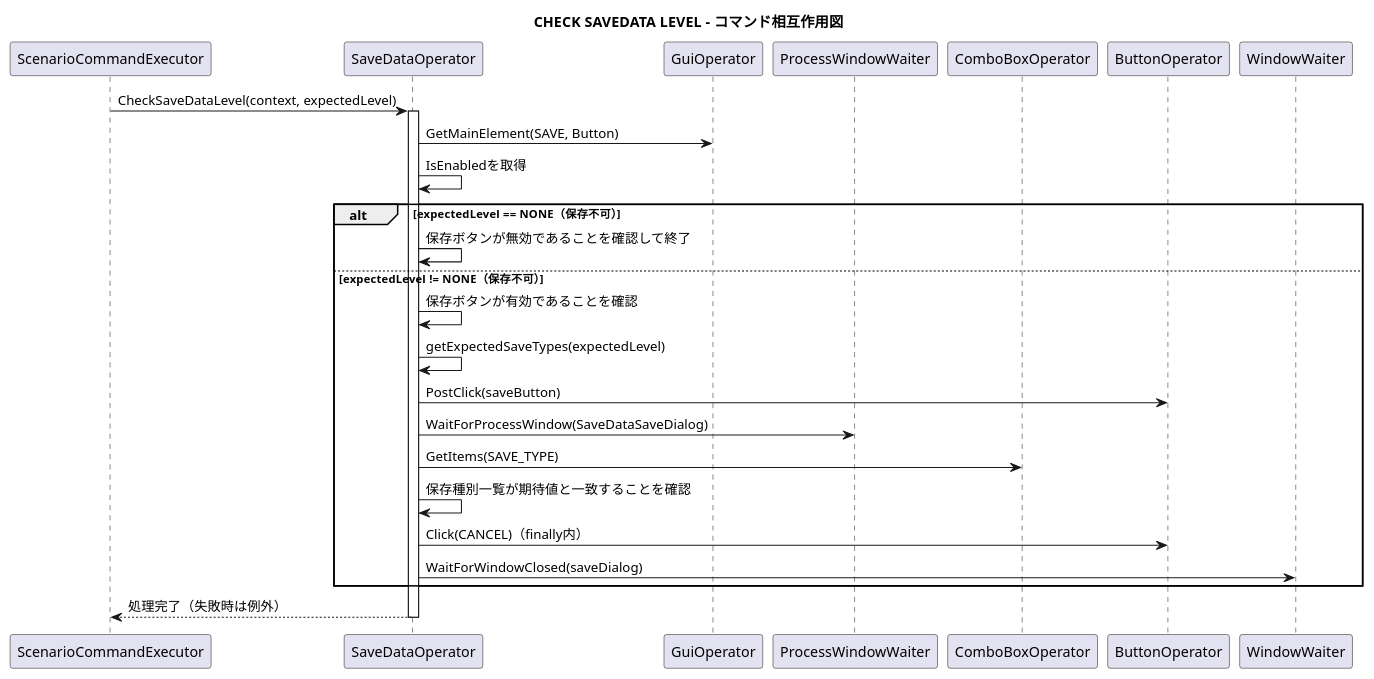
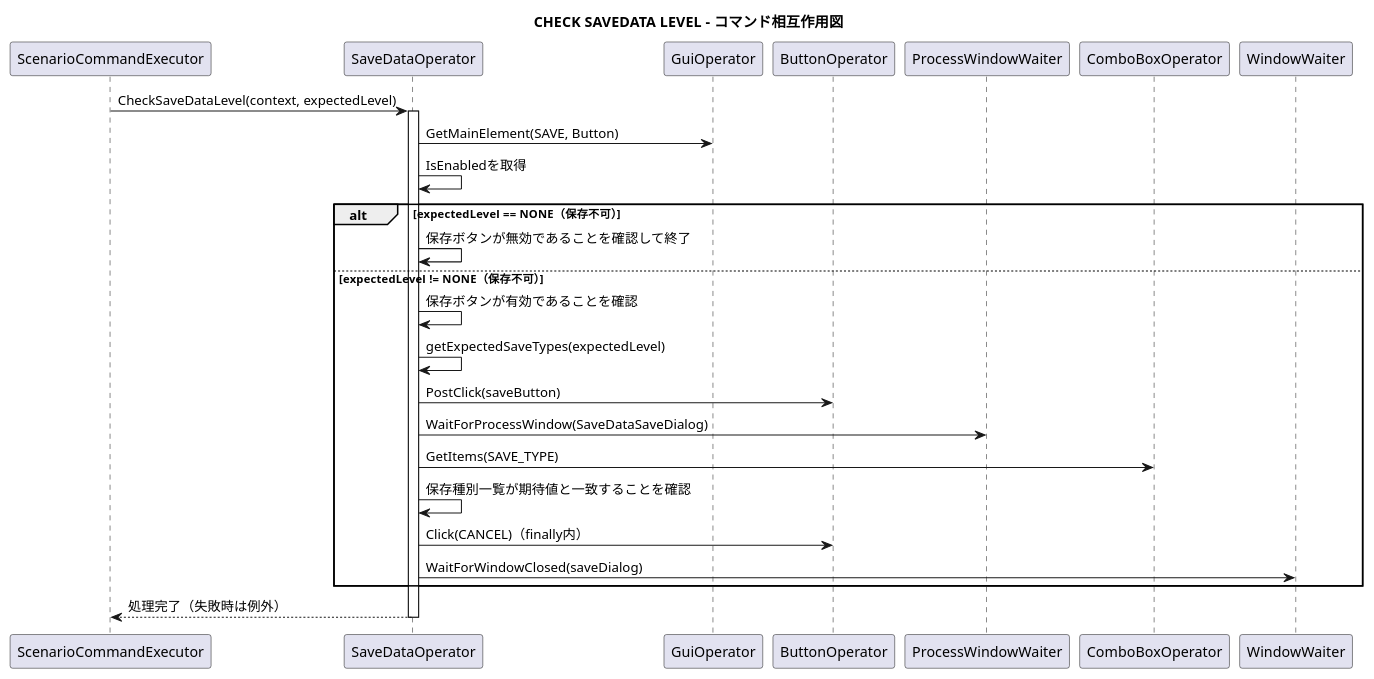
One commit to Staraptor0398/ShikigamiStatusCalculator changed the diagram in Document/ScenarioRunner/Diagram/CommandInteraction/SaveData/CheckSaveDataLevel.wsd. Above: the diagram before and after it, drawn with PlantUML. The commit also changed 20 other files, not shown here.

Commit message:
Remove duplicate participants from Scenario Runner interaction diagrams

```diff
--- a/Document/ScenarioRunner/Diagram/CommandInteraction/SaveData/CheckSaveDataLevel.wsd
+++ b/Document/ScenarioRunner/Diagram/CommandInteraction/SaveData/CheckSaveDataLevel.wsd
@@ -1,33 +1,32 @@
 @startuml
 title CHECK SAVEDATA LEVEL - コマンド相互作用図
 skinparam responseMessageBelowArrow true
 ' Source: ScenarioRunner.Engine/Execution/ScenarioCommandExecutor.cs
 ' Source: ScenarioRunner.Engine/Automation/Operator/Feature/SaveDataOperator.cs
 participant "ScenarioCommandExecutor" as EX
 participant "SaveDataOperator" as O
 participant "GuiOperator" as GO
 participant "ButtonOperator" as BO
 participant "ProcessWindowWaiter" as PW
 participant "ComboBoxOperator" as CO
-participant "ButtonOperator" as BO
 participant "WindowWaiter" as WW
 
 EX -> O : CheckSaveDataLevel(context, expectedLevel)
 activate O
 O -> GO : GetMainElement(SAVE, Button)
 O -> O : IsEnabledを取得
 alt expectedLevel == NONE（保存不可）
 O -> O : 保存ボタンが無効であることを確認して終了
 else expectedLevel != NONE（保存不可）
 O -> O : 保存ボタンが有効であることを確認
 O -> O : getExpectedSaveTypes(expectedLevel)
 O -> BO : PostClick(saveButton)
 O -> PW : WaitForProcessWindow(SaveDataSaveDialog)
 O -> CO : GetItems(SAVE_TYPE)
 O -> O : 保存種別一覧が期待値と一致することを確認
 O -> BO : Click(CANCEL)（finally内）
 O -> WW : WaitForWindowClosed(saveDialog)
 end
 O --> EX : 処理完了（失敗時は例外）
 deactivate O
 @enduml
```
